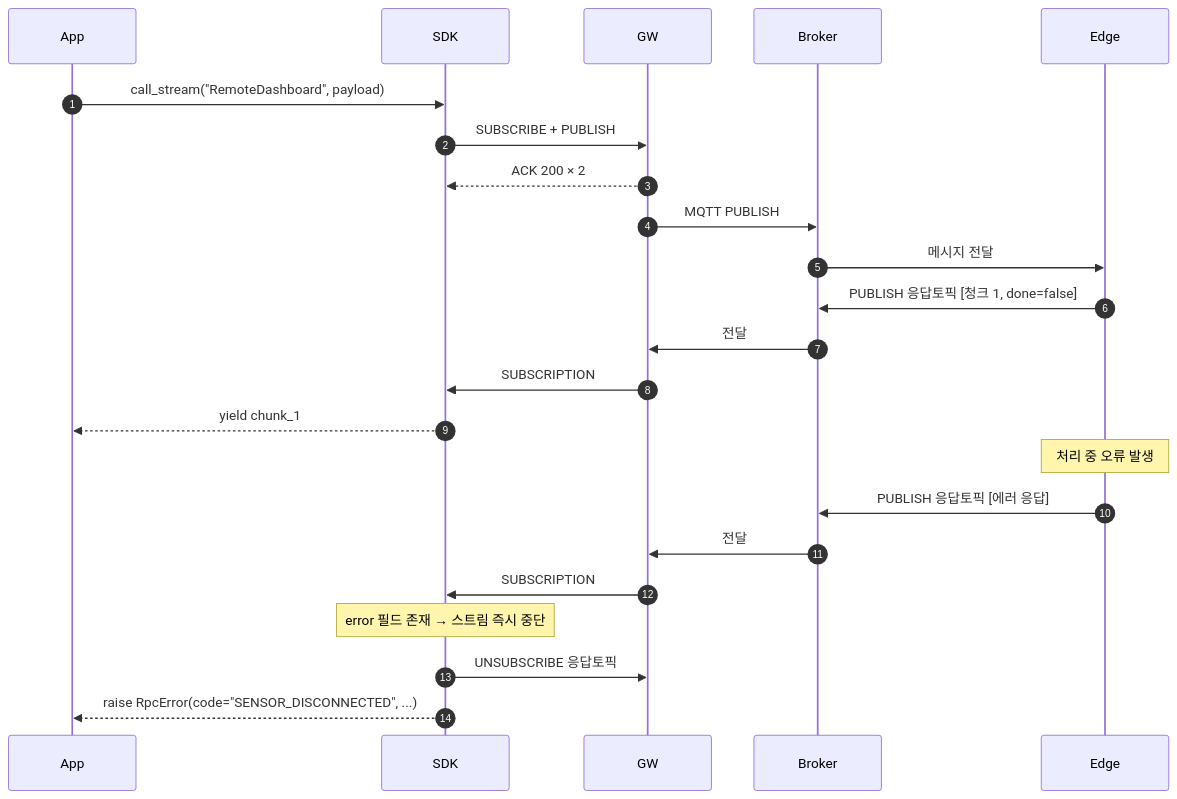
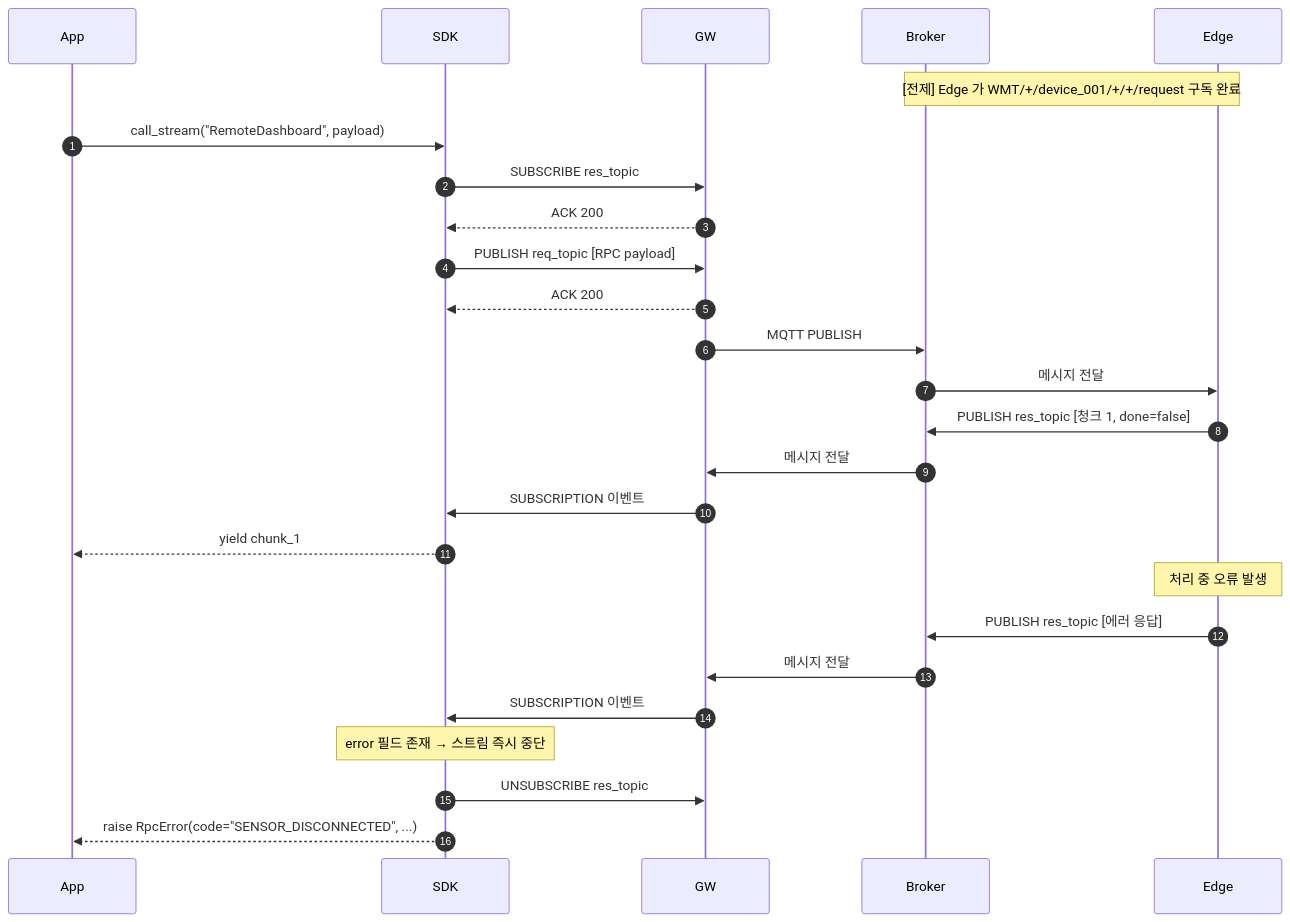
The eighth of 12 diagrams in docs/RPC_SEQUENCE_DIAGRAMS.md (DongEunKim/MQTT-WSS-API), drawn with Mermaid before and after one commit. The commit also changed other lines of this file, not shown here.

First line of the commit message:
docs: 시퀀스 다이어그램 시인성 개선 및 모든 패턴에 Edge 사전 구독 전제 추가

````diff
--- a/docs/RPC_SEQUENCE_DIAGRAMS.md
+++ b/docs/RPC_SEQUENCE_DIAGRAMS.md
@@ -325,31 +339,34 @@
 ```mermaid
 sequenceDiagram
     autonumber
     participant App
     participant SDK
     participant GW
     participant Broker
     participant Edge
 
+    Note over Edge,Broker: [전제] Edge 가 WMT/+/device_001/+/+/request 구독 완료
+
     App->>SDK: call_stream("RemoteDashboard", payload)
-    SDK->>GW: SUBSCRIBE + PUBLISH
-    GW-->>SDK: ACK 200 × 2
+    SDK->>GW: SUBSCRIBE res_topic
+    GW-->>SDK: ACK 200
+    SDK->>GW: PUBLISH req_topic [RPC payload]
+    GW-->>SDK: ACK 200
     GW->>Broker: MQTT PUBLISH
     Broker->>Edge: 메시지 전달
 
-    Edge->>Broker: PUBLISH 응답토픽 [청크 1, done=false]
-    Broker->>GW: 전달
-    GW->>SDK: SUBSCRIPTION
+    Edge->>Broker: PUBLISH res_topic [청크 1, done=false]
+    Broker->>GW: 메시지 전달
+    GW->>SDK: SUBSCRIPTION 이벤트
     SDK-->>App: yield chunk_1
 
     Note over Edge: 처리 중 오류 발생
 
-    Edge->>Broker: PUBLISH 응답토픽 [에러 응답]
-    Broker->>GW: 전달
-    GW->>SDK: SUBSCRIPTION
-
+    Edge->>Broker: PUBLISH res_topic [에러 응답]
+    Broker->>GW: 메시지 전달
+    GW->>SDK: SUBSCRIPTION 이벤트
     Note over SDK: error 필드 존재 → 스트림 즉시 중단
 
-    SDK->>GW: UNSUBSCRIBE 응답토픽
+    SDK->>GW: UNSUBSCRIBE res_topic
     SDK-->>App: raise RpcError(code="SENSOR_DISCONNECTED", ...)
 ```
````
